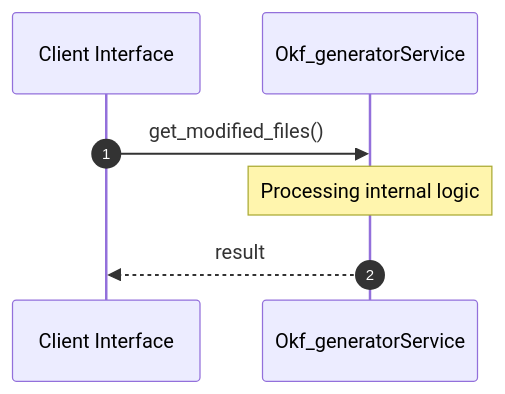
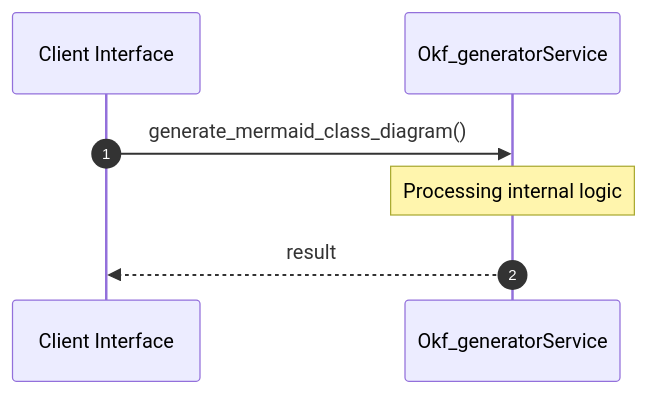
Before and after one commit to lgcorzo/rust_CACD_autonomous_factory: the second of 2 diagrams in openwiki/_agents_tools_okf_generator_py.md, drawn with Mermaid. The commit also changed other lines of this file and 78 other files, not shown here.

````diff
--- a/openwiki/_agents_tools_okf_generator_py.md
+++ b/openwiki/_agents_tools_okf_generator_py.md
@@ -70,10 +70,10 @@
 ```mermaid
 sequenceDiagram
     autonumber
     participant Caller as Client Interface
     participant Svc as Okf_generatorService
-    Caller->>Svc: get_modified_files()
+    Caller->>Svc: generate_mermaid_class_diagram()
     Note over Svc: Processing internal logic
     Svc-->>Caller: result
 
 ```
````
